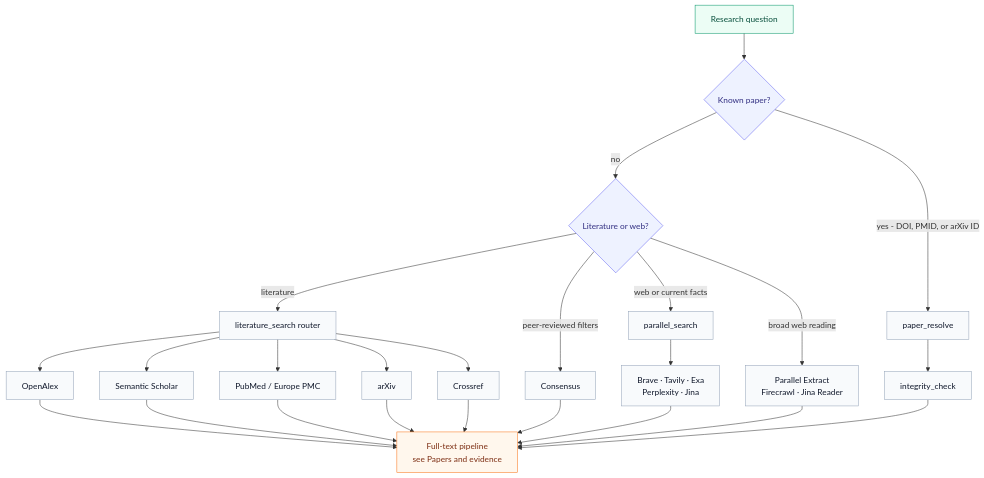
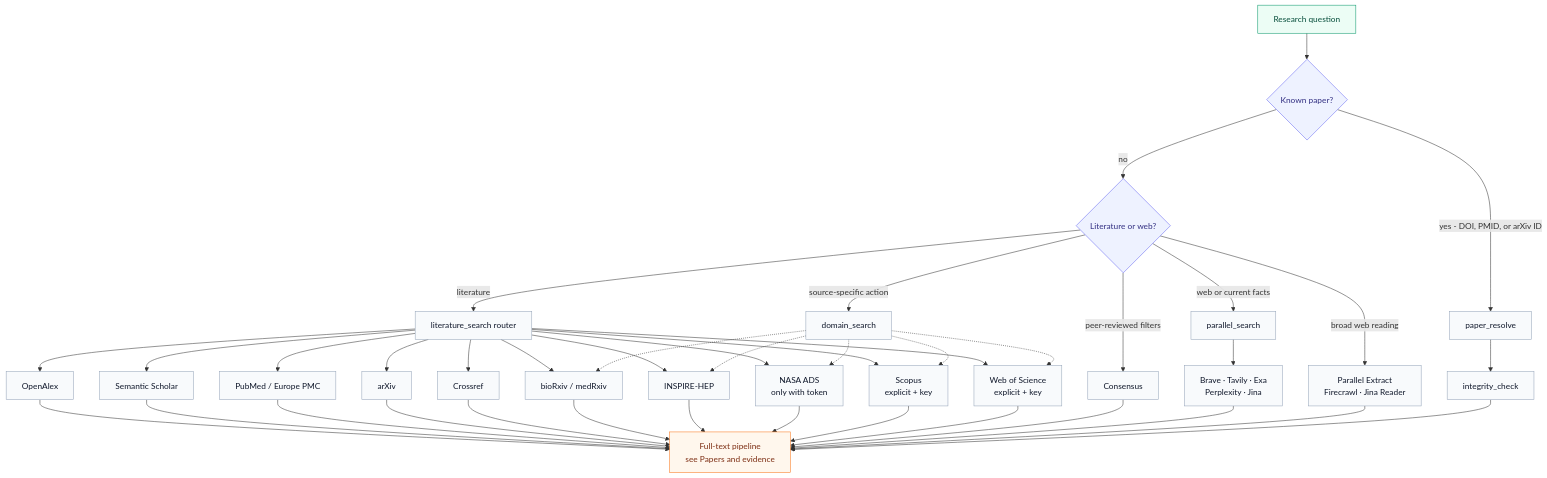
The diagram in docs/diagrams/search-routing.mmd (raktim-mondol/academic-harness), drawn with Mermaid before and after one commit. The commit also changed 162 other files, not shown here.

```diff
--- a/docs/diagrams/search-routing.mmd
+++ b/docs/diagrams/search-routing.mmd
@@ -1,36 +1,53 @@
 flowchart TD
   question[Research question] --> known{Known paper?}
   known -->|yes - DOI, PMID, or arXiv ID| resolve[paper_resolve]
   resolve --> integrity[integrity_check]
   known -->|no| need{Literature or web?}
 
   need -->|literature| router[literature_search router]
   router --> openalex[OpenAlex]
   router --> s2[Semantic Scholar]
   router --> pubmed[PubMed / Europe PMC]
   router --> arxiv[arXiv]
   router --> crossref[Crossref]
+  router --> biorxiv[bioRxiv / medRxiv]
+  router --> inspire[INSPIRE-HEP]
+  router --> ads[NASA ADS<br/>only with token]
+  router --> scopus[Scopus<br/>explicit + key]
+  router --> wos[Web of Science<br/>explicit + key]
+
+  need -->|source-specific action| domain[domain_search]
+  domain -.-> biorxiv
+  domain -.-> inspire
+  domain -.-> ads
+  domain -.-> scopus
+  domain -.-> wos
 
   need -->|peer-reviewed filters| consensus[Consensus]
   need -->|web or current facts| parallel[parallel_search]
   parallel --> web[Brave · Tavily · Exa<br/>Perplexity · Jina]
   need -->|broad web reading| fetch[Parallel Extract<br/>Firecrawl · Jina Reader]
 
   openalex --> next[Full-text pipeline<br/>see Papers and evidence]
   s2 --> next
   pubmed --> next
   arxiv --> next
   crossref --> next
+  biorxiv --> next
+  inspire --> next
+  ads --> next
+  scopus --> next
+  wos --> next
   consensus --> next
   web --> next
   fetch --> next
   integrity --> next
 
   classDef entry fill:#ecfdf5,stroke:#059669,color:#064e3b
   classDef decision fill:#eef2ff,stroke:#6366f1,color:#312e81
   classDef source fill:#f8fafc,stroke:#94a3b8,color:#0f172a
   classDef next fill:#fff7ed,stroke:#f97316,color:#7c2d12
   class question entry
   class known,need decision
-  class resolve,integrity,router,openalex,s2,pubmed,arxiv,crossref,consensus,parallel,web,fetch source
+  class resolve,integrity,router,domain,openalex,s2,pubmed,arxiv,crossref,biorxiv,inspire,ads,scopus,wos,consensus,parallel,web,fetch source
   class next next
```
